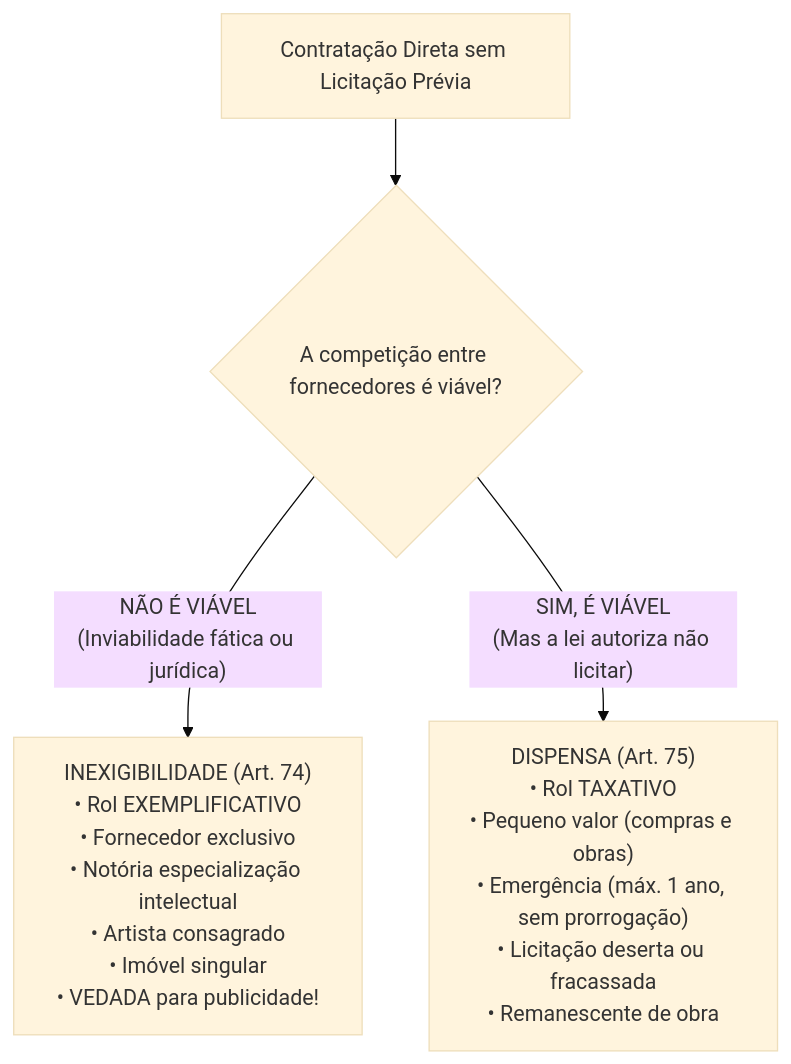
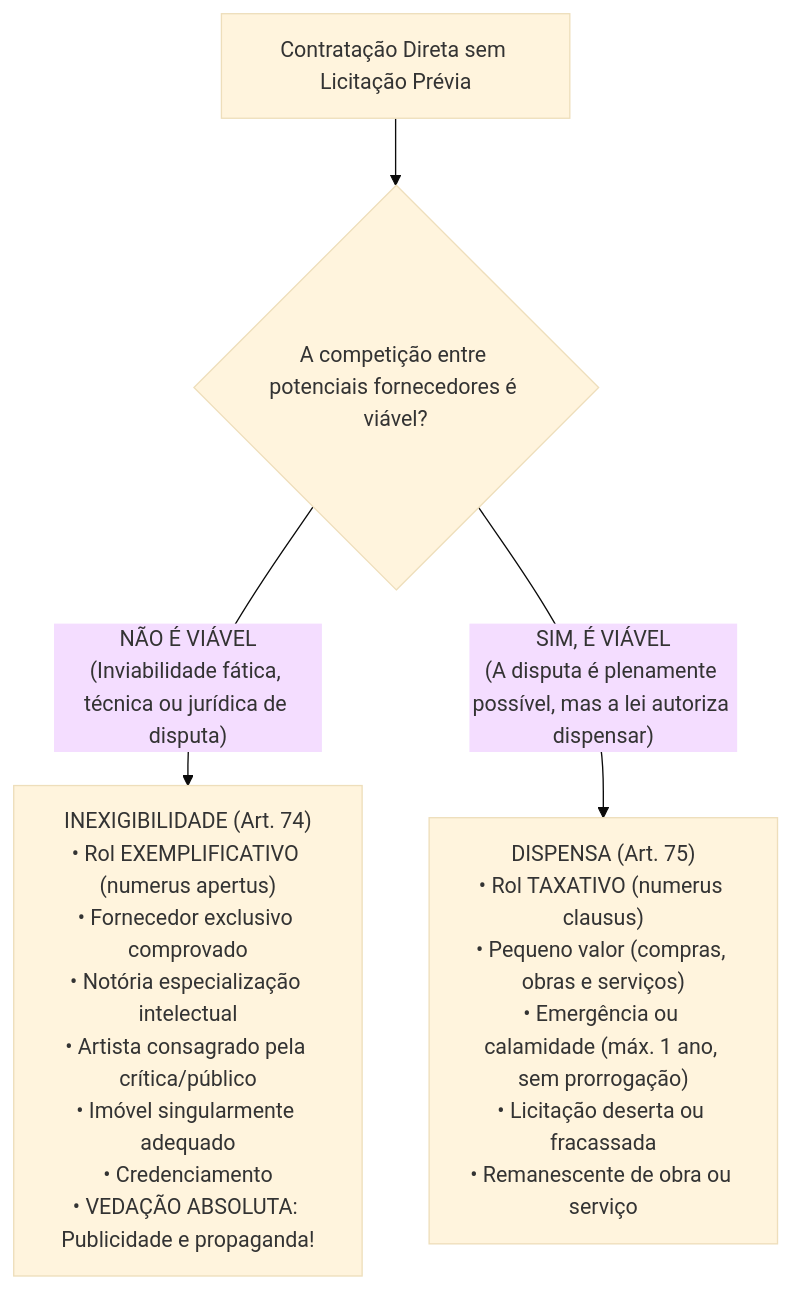
One commit to thiagosantos346/TCE-GO-2027 changed the first of 2 diagrams in fontes_de_estudo/conhecimentos_especificos_a01_tecnico_administrativo/16_licitacoes_e_contratos_administrativos/03_procedimentos_auxiliares_e_contratacao_direta.md. Above: the diagram before and after it, drawn with Mermaid (base theme). The commit also changed other lines of this file and 119 other files, not shown here.

````diff
--- a/fontes_de_estudo/conhecimentos_especificos_a01_tecnico_administrativo/16_licitacoes_e_contratos_administrativos/03_procedimentos_auxiliares_e_contratacao_direta.md
+++ b/fontes_de_estudo/conhecimentos_especificos_a01_tecnico_administrativo/16_licitacoes_e_contratos_administrativos/03_procedimentos_auxiliares_e_contratacao_direta.md
@@ -67,6 +52,6 @@
 ```mermaid
 flowchart TD
-    CONTRAT["Contratação Direta sem Licitação Prévia"] --> CRIT{"A competição entre fornecedores é viável?"}
-    CRIT -->|"NÃO É VIÁVEL<br/>(Inviabilidade fática ou jurídica)"| INEX["INEXIGIBILIDADE (Art. 74)<br/>• Rol EXEMPLIFICATIVO<br/>• Fornecedor exclusivo<br/>• Notória especialização intelectual<br/>• Artista consagrado<br/>• Imóvel singular<br/>• VEDADA para publicidade!"]
-    CRIT -->|"SIM, É VIÁVEL<br/>(Mas a lei autoriza não licitar)"| DISP["DISPENSA (Art. 75)<br/>• Rol TAXATIVO<br/>• Pequeno valor (compras e obras)<br/>• Emergência (máx. 1 ano, sem prorrogação)<br/>• Licitação deserta ou fracassada<br/>• Remanescente de obra"]
+    CONTRAT["Contratação Direta sem Licitação Prévia"] --> CRIT{"A competição entre potenciais fornecedores é viável?"}
+    CRIT -->|"NÃO É VIÁVEL<br/>(Inviabilidade fática, técnica ou jurídica de disputa)"| INEX["INEXIGIBILIDADE (Art. 74)<br/>• Rol EXEMPLIFICATIVO (numerus apertus)<br/>• Fornecedor exclusivo comprovado<br/>• Notória especialização intelectual<br/>• Artista consagrado pela crítica/público<br/>• Imóvel singularmente adequado<br/>• Credenciamento<br/>• VEDAÇÃO ABSOLUTA: Publicidade e propaganda!"]
+    CRIT -->|"SIM, É VIÁVEL<br/>(A disputa é plenamente possível, mas a lei autoriza dispensar)"| DISP["DISPENSA (Art. 75)<br/>• Rol TAXATIVO (numerus clausus)<br/>• Pequeno valor (compras, obras e serviços)<br/>• Emergência ou calamidade (máx. 1 ano, sem prorrogação)<br/>• Licitação deserta ou fracassada<br/>• Remanescente de obra ou serviço"]
 ```
````
